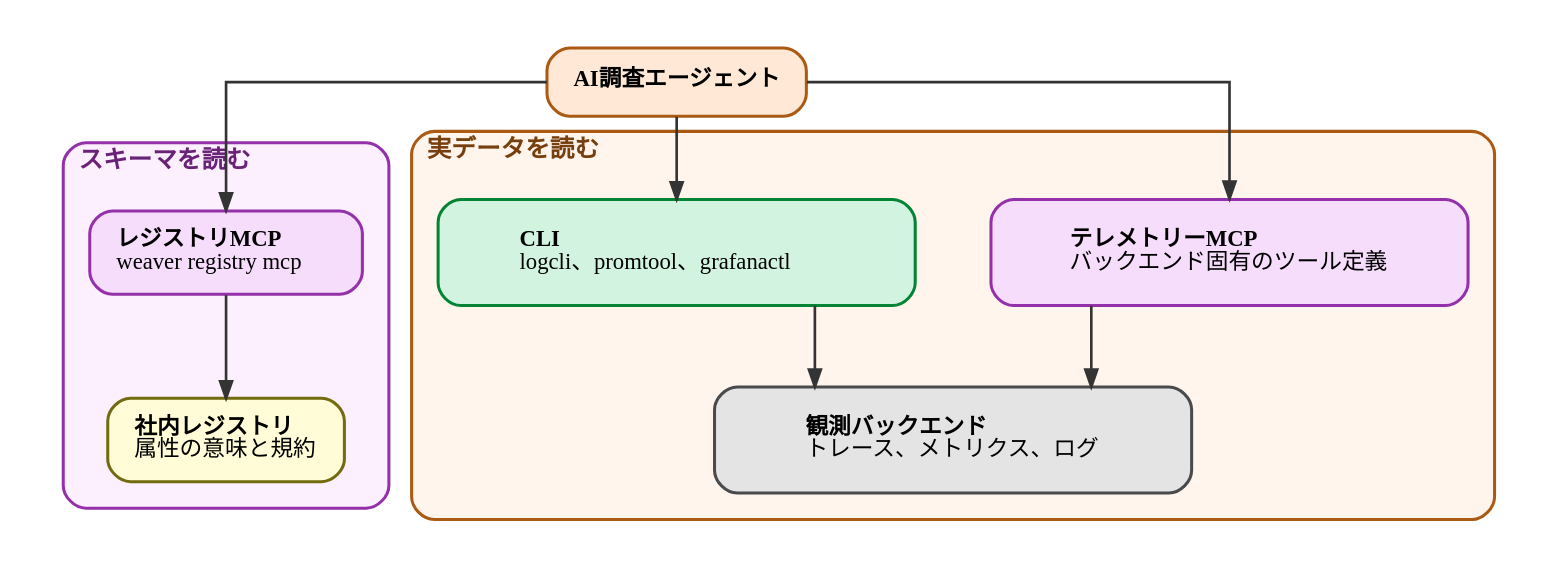
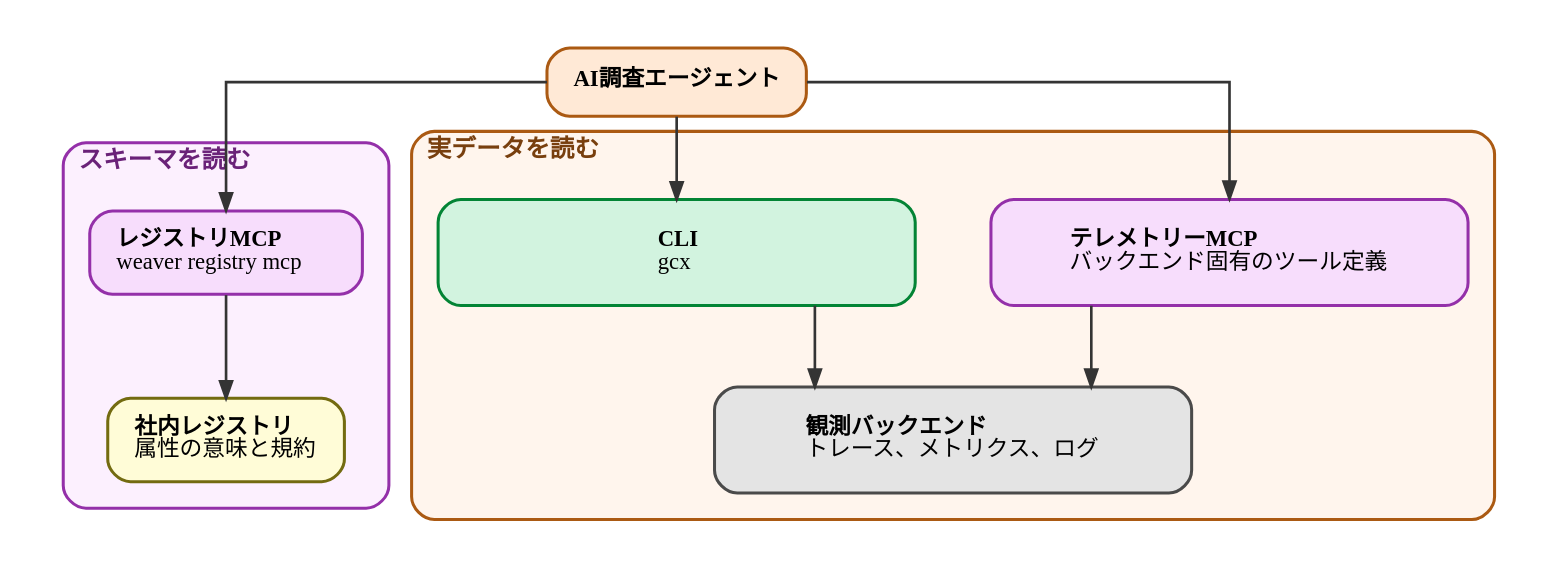
The diagram in diagrams/observability-platform-with-otel/20260926-two-mcp.dot (ymotongpoo/zenn.dev), drawn with Graphviz before and after one commit. The commit also changed 5 other files, not shown here.

```diff
--- a/diagrams/observability-platform-with-otel/20260926-two-mcp.dot
+++ b/diagrams/observability-platform-with-otel/20260926-two-mcp.dot
@@ -1,55 +1,55 @@
 // AI調査エージェントのテレメトリーアクセス経路（スキーマ / 実データ）
 digraph two_mcp {
   graph [
     fontname="IBM Plex Sans JP", fontsize=13,
     rankdir=TB, compound=true, splines=ortho,
     nodesep=0.55, ranksep=0.6, pad=0.25,
     bgcolor="white", newrank=true
   ];
   node [
     fontname="IBM Plex Sans JP", fontsize=12,
     shape=box, style="rounded,filled",
     fillcolor="#E4E4E4", color="#4A4A4A", penwidth=1.6,
     margin="0.2,0.14"
   ];
   edge [
     fontname="IBM Plex Sans JP", fontsize=11,
     color="#343434", penwidth=1.4, arrowsize=0.9,
     fontcolor="#171717"
   ];
 
   ai [label=<<b>AI調査エージェント</b>>, fillcolor="#FFE9D6", color="#AB5A13"];
 
   subgraph cluster_schema {
     // タイトルは短く保つ。長いと枠幅を超えて隣のクラスタと重なり、
     // 後ろのタイトルが前の枠の塗りで隠れて読めなくなる。
     // 読ませてよい範囲と統制の条件はキャプションで述べる。
     label=<<b>スキーマを読む</b>>;
     labeljust="l"; style="rounded"; penwidth=1.6;
     color="#9430A9"; bgcolor="#FCF0FE"; fontcolor="#6A2278"; margin=14;
     regmcp [label=<<b>レジストリMCP</b><br align="left"/>weaver registry mcp<br align="left"/>>, fillcolor="#F7DDFC", color="#9430A9"];
     registry [label=<<b>社内レジストリ</b><br align="left"/>属性の意味と規約<br align="left"/>>, fillcolor="#FFFCD7", color="#736B10"];
     regmcp -> registry;
   }
 
   subgraph cluster_data {
     label=<<b>実データを読む</b>>;
     labeljust="l"; style="rounded"; penwidth=1.6;
     color="#AB5A13"; bgcolor="#FFF5ED"; fontcolor="#783F0E"; margin=14;
     // 同じカテゴリ（バックエンドへの経路）の2つは大きさを揃える。
     node [width=3.5, height=0.78];
     telmcp [label=<<b>テレメトリーMCP</b><br align="left"/>バックエンド固有のツール定義<br align="left"/>>, fillcolor="#F7DDFC", color="#9430A9"];
-    cli [label=<<b>CLI</b><br align="left"/>logcli、promtool、grafanactl<br align="left"/>>, fillcolor="#D2F3DF", color="#038435"];
+    cli [label=<<b>CLI</b><br align="left"/>gcx<br align="left"/>>, fillcolor="#D2F3DF", color="#038435"];
     backend [label=<<b>観測バックエンド</b><br align="left"/>トレース、メトリクス、ログ<br align="left"/>>];
     telmcp -> backend;
     cli -> backend;
     { rank=same; telmcp; cli; }
   }
 
   // ラベルは置かない。2本ともクラスタの角と縦線に挟まれた狭い場所へ
   // 配置され、枠線か線に必ず触れる（ELK はラベル位置を自分で決めるので
   // 空白での押し出しも効かない）。読む対象の違いはキャプションが述べる。
   ai -> regmcp;
   ai -> telmcp;
   ai -> cli;
 }
```
